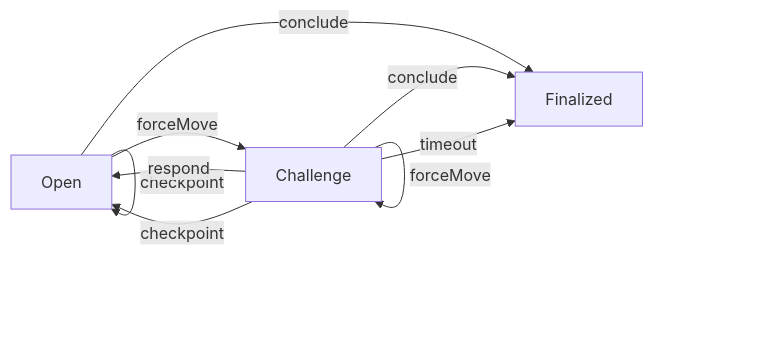
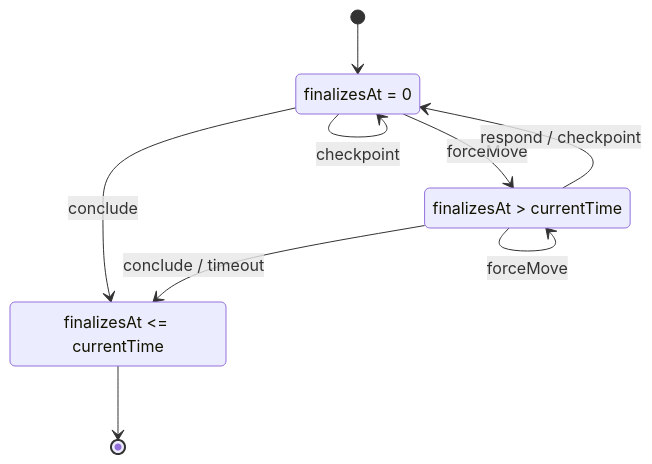
The diagram in packages/nitro-protocol/docs/forcemove-and-nitro/force-move.md (statechannels/statechannels), drawn with Mermaid before and after one commit. The commit also changed other lines of this file, not shown here.

Commit message:
Upgrade channel mode diagram to use stateDiagram
- also correct definitions of channel modes (sign error)

```diff
--- a/packages/nitro-protocol/docs/forcemove-and-nitro/force-move.md
+++ b/packages/nitro-protocol/docs/forcemove-and-nitro/force-move.md
@@ -373,12 +373,14 @@
 <div class="mermaid">
-graph LR
-linkStyle default interpolate basis
-Open -->|forceMove| Challenge
-Open -->|checkpoint| Open
-Open-->|conclude| Finalized
-Challenge-->|forceMove| Challenge
-Challenge-->|respond| Open
-Challenge-->|checkpoint| Open
-Challenge-->|conclude| Finalized
-Challenge-->|timeout| Finalized
+stateDiagram
+    Open: finalizesAt = 0
+    Challenge: finalizesAt > currentTime
+    Finalized: finalizesAt <= currentTime
+    [*] --> Open
+    Open --> Challenge: forceMove
+    Open --> Finalized: conclude
+    Open --> Open: checkpoint
+    Challenge --> Finalized: conclude / timeout
+    Challenge --> Challenge: forceMove
+    Challenge --> Open: respond / checkpoint
+    Finalized --> [*]
 </div>
```
